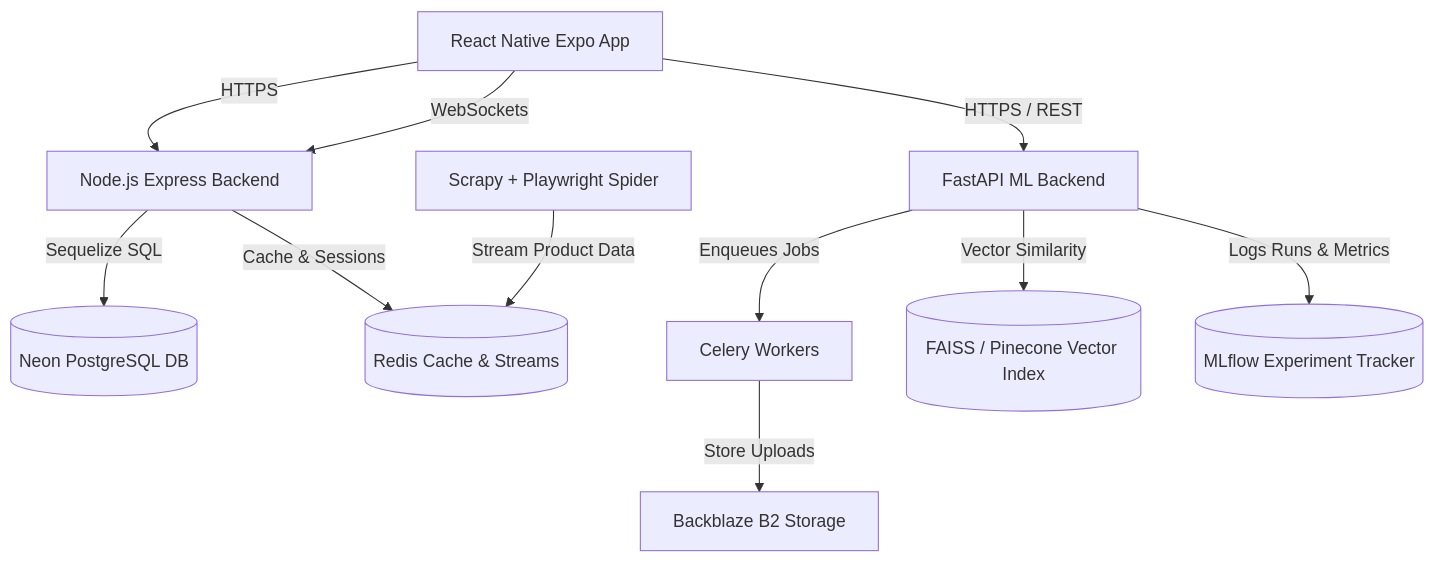
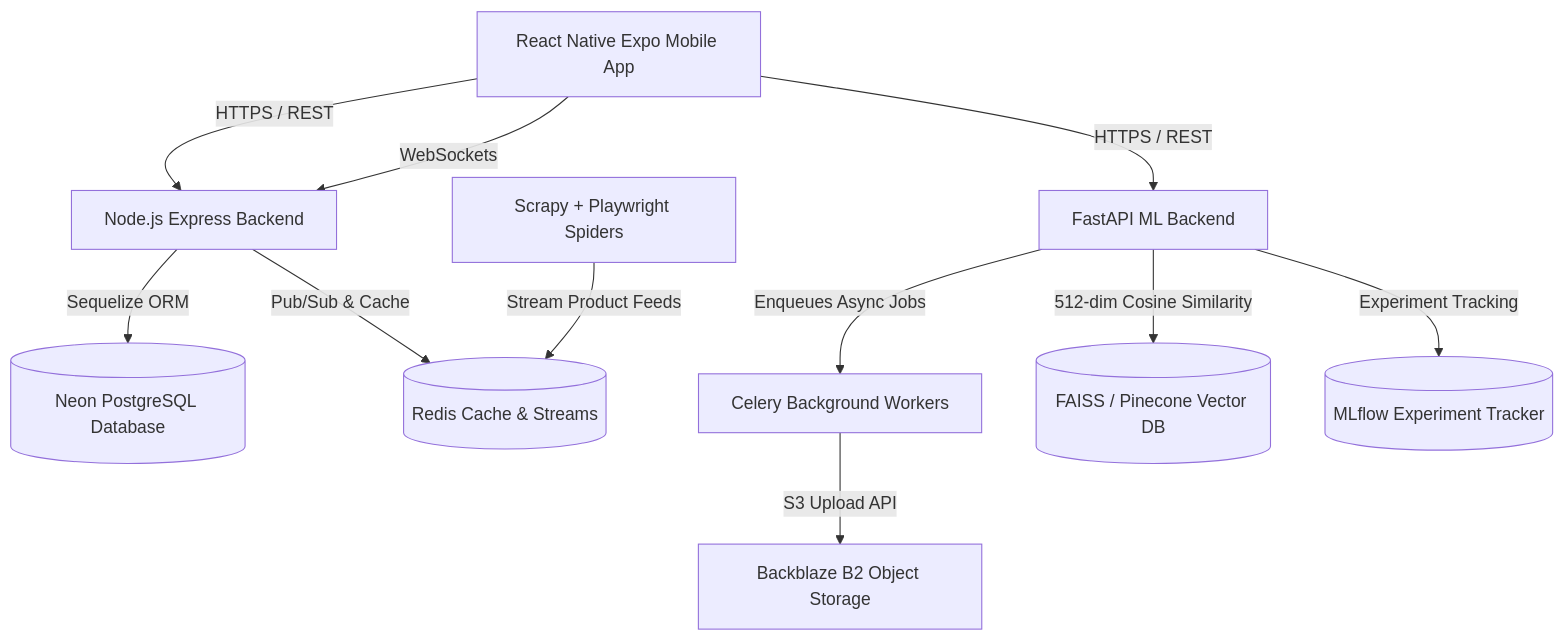
The diagram in README.md (Zerixxx8995/Fashion_AI), drawn with Mermaid before and after one commit. The commit also changed other lines of this file, not shown here.

````diff
--- a/README.md
+++ b/README.md
@@ -30,20 +9,20 @@
 ```mermaid
 graph TD
     %% Mobile Frontend
-    Mobile[React Native Expo App] -->|HTTPS| NodeAPI[Node.js Express Backend]
+    Mobile[React Native Expo Mobile App] -->|HTTPS / REST| NodeAPI[Node.js Express Backend]
     Mobile -->|HTTPS / REST| FastAPIML[FastAPI ML Backend]
     Mobile -->|WebSockets| NodeAPI
     
-    %% Databases & Storage
-    NodeAPI -->|Sequelize SQL| Postgres[(Neon PostgreSQL DB)]
-    NodeAPI -->|Cache & Sessions| RedisCache[(Redis Cache & Streams)]
+    %% Core & Storage Layer
+    NodeAPI -->|Sequelize ORM| Postgres[(Neon PostgreSQL Database)]
+    NodeAPI -->|Pub/Sub & Cache| RedisCache[(Redis Cache & Streams)]
     
-    %% ML & Vector Pipeline
-    FastAPIML -->|Enqueues Jobs| Celery[Celery Workers]
-    FastAPIML -->|Vector Similarity| FAISS[(FAISS / Pinecone Vector Index)]
-    FastAPIML -->|Logs Runs & Metrics| MLflow[(MLflow Experiment Tracker)]
+    %% ML & Vector Search Layer
+    FastAPIML -->|Enqueues Async Jobs| Celery[Celery Background Workers]
+    FastAPIML -->|512-dim Cosine Similarity| FAISS[(FAISS / Pinecone Vector DB)]
+    FastAPIML -->|Experiment Tracking| MLflow[(MLflow Experiment Tracker)]
     
-    %% Scraper & Storage
-    Scraper[Scrapy + Playwright Spider] -->|Stream Product Data| RedisCache
-    Celery -->|Store Uploads| B2[Backblaze B2 Storage]
+    %% Scraper & Media Storage
+    Scraper[Scrapy + Playwright Spiders] -->|Stream Product Feeds| RedisCache
+    Celery -->|S3 Upload API| B2[Backblaze B2 Object Storage]
 ```
````
